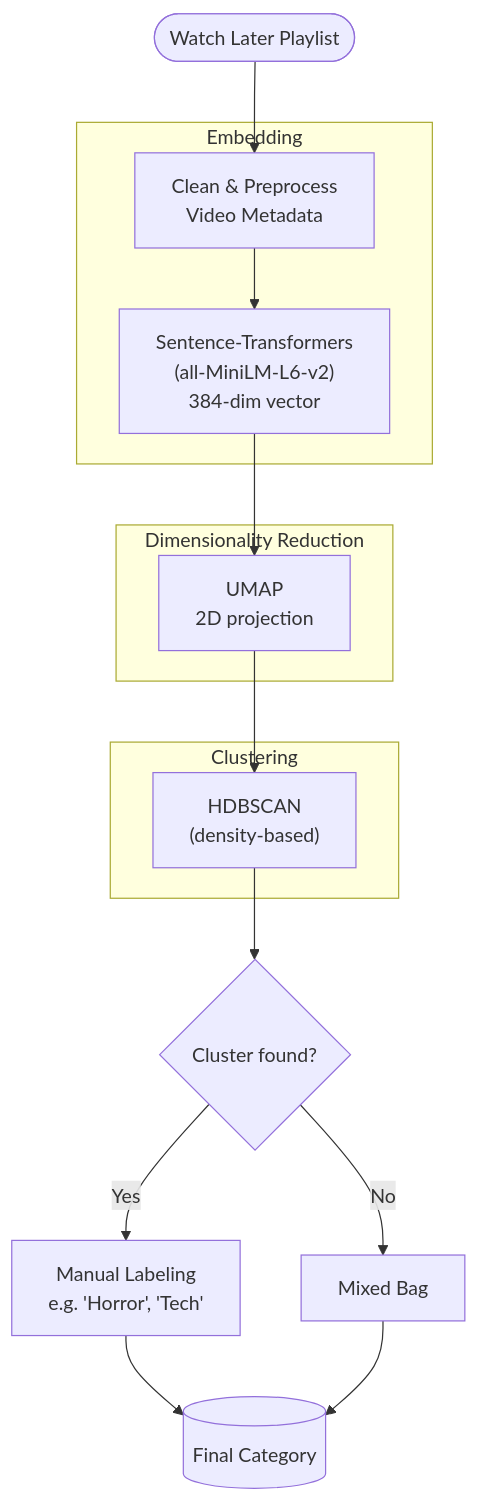
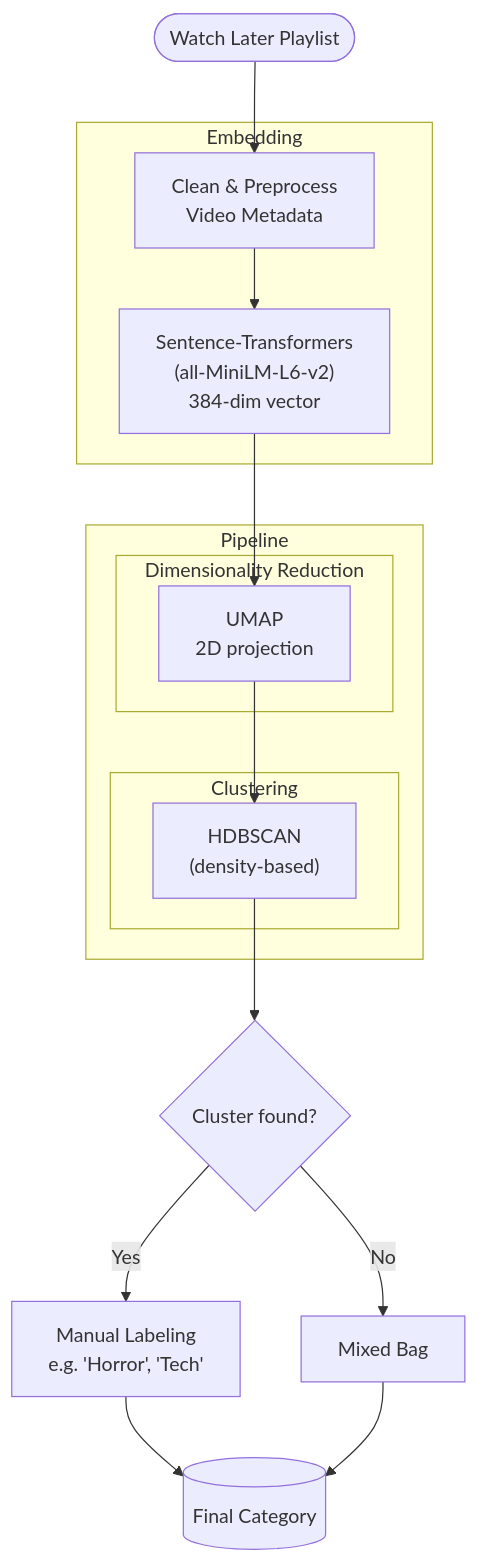
The diagram in README.md (cosmognaut/magpie), drawn with Mermaid before and after one commit.

Commit message:
docs: add pipeline

````diff
--- a/README.md
+++ b/README.md
@@ -26,23 +26,25 @@
 ```mermaid
 flowchart TD
     WL([Watch Later Playlist]) --> PREPROCESS[Clean & Preprocess<br/>Video Metadata]
 
     subgraph Embed["Embedding"]
         PREPROCESS --> MINILM["Sentence-Transformers<br/>(all-MiniLM-L6-v2)<br/> 384-dim vector"]
     end
 
-    subgraph Reduce["Dimensionality Reduction"]
-        MINILM --> UMAP["UMAP<br/> 2D projection"]
-    end
-
-    subgraph Cluster["Clustering"]
-        UMAP --> HDBSCAN["HDBSCAN<br/>(density-based)"]
+    subgraph Pipeline["Pipeline"]
+        subgraph Reduce["Dimensionality Reduction"]
+            MINILM --> UMAP["UMAP<br/> 2D projection"]
+        end
+    
+        subgraph Cluster["Clustering"]
+            UMAP --> HDBSCAN["HDBSCAN<br/>(density-based)"]
+        end
     end
 
     HDBSCAN --> YESORNO{Cluster found?}
     YESORNO -->|Yes| MANUAL["Manual Labeling<br/>e.g. 'Horror', 'Tech'"]
     YESORNO -->|No| MIXED[Mixed Bag]
 
     MANUAL --> FINAL[(Final Category)]
     MIXED --> FINAL
 ```
````
